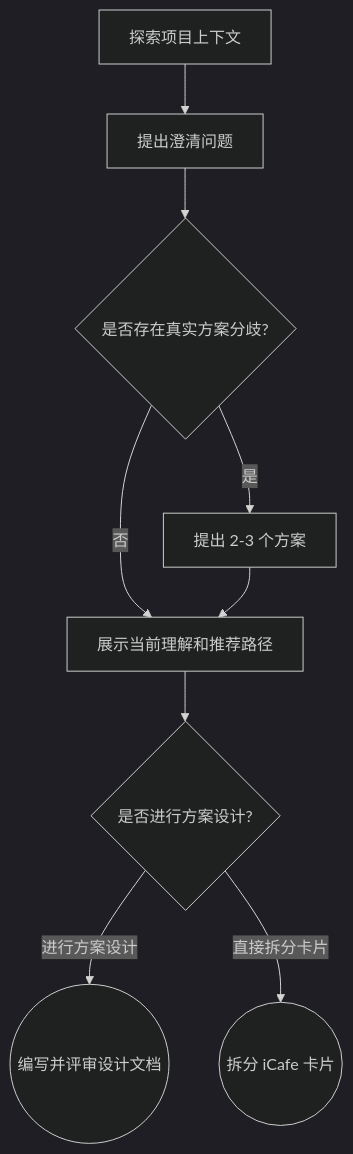
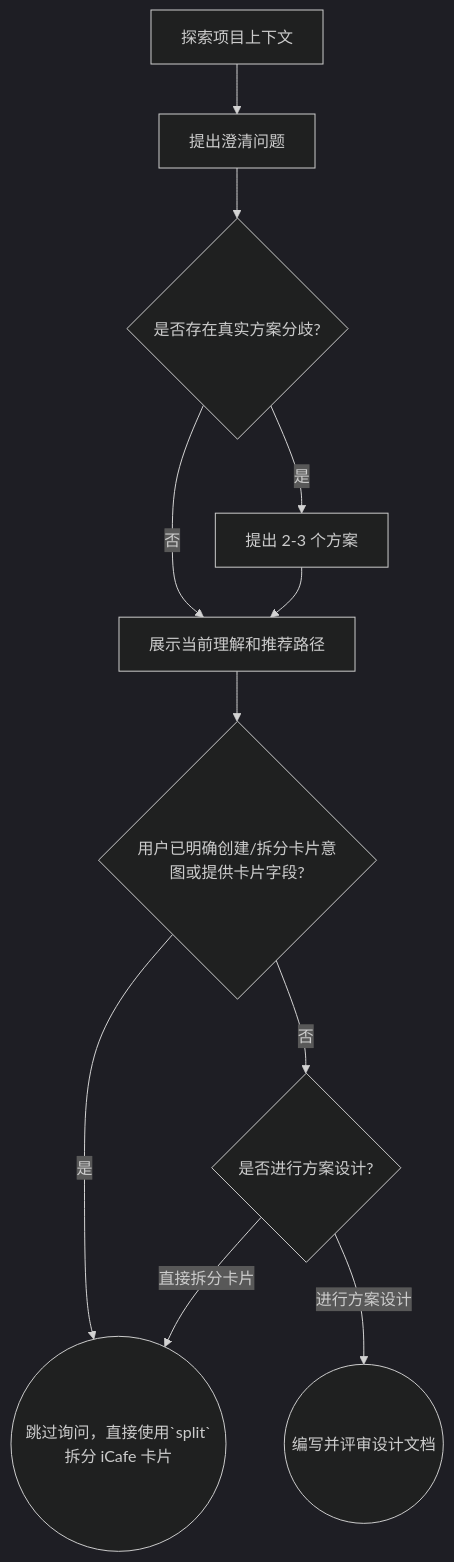
Before and after one commit to BaiduComate/mission-flow: the diagram in skills/think/SKILL.md, drawn with Mermaid (dark theme). The commit also changed other lines of this file and 1 other file, not shown here.

First line of the commit message:
feat(think): 明确拆分意图时跳过方案设计询问

````diff
--- a/skills/think/SKILL.md
+++ b/skills/think/SKILL.md
@@ -53,11 +55,13 @@
 ```mermaid
 flowchart TD
     A[探索项目上下文] --> B[提出澄清问题]
     B --> C{是否存在真实方案分歧?}
     C -->|是| D[提出 2-3 个方案]
     C -->|否| E[展示当前理解和推荐路径]
     D --> E
-    E --> F{是否进行方案设计?}
-    F -->|进行方案设计| G((编写并评审设计文档))
-    F -->|直接拆分卡片| H((拆分 iCafe 卡片))
+    E --> F{用户已明确创建/拆分卡片意图或提供卡片字段?}
+    F -->|是| H((跳过询问，直接使用`split`拆分 iCafe 卡片))
+    F -->|否| G{是否进行方案设计?}
+    G -->|进行方案设计| I((编写并评审设计文档))
+    G -->|直接拆分卡片| H
 ```
````
